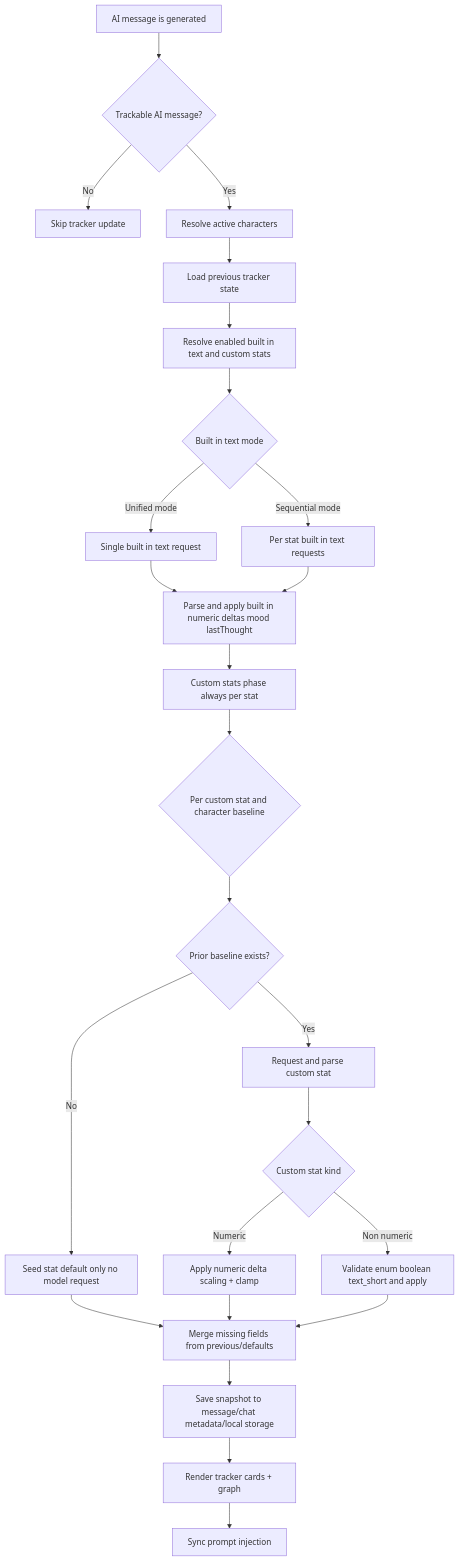
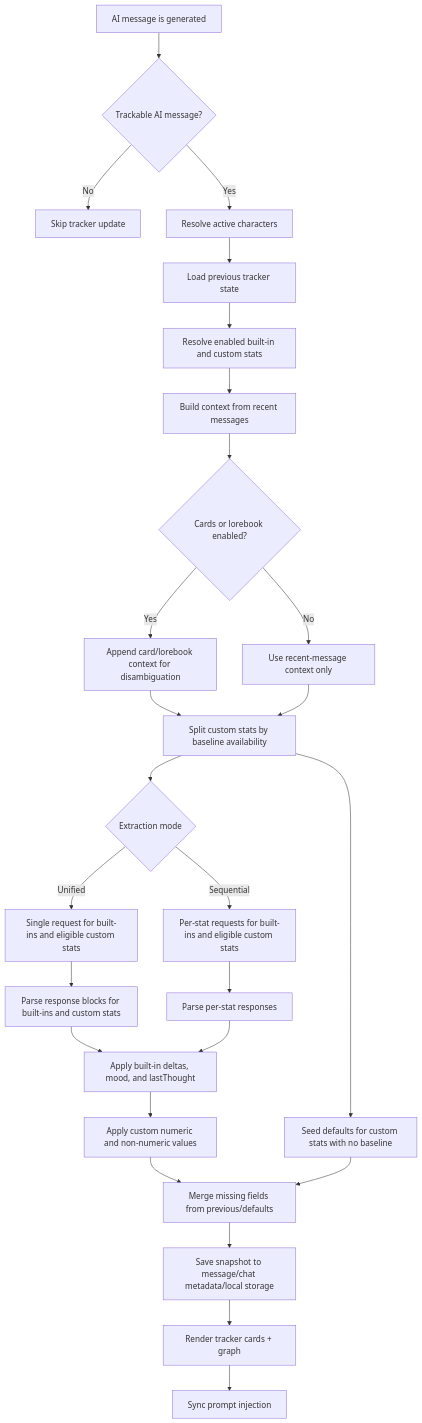
The first of 2 diagrams in README.md (ghostd93/BetterSimTracker), drawn with Mermaid before and after one commit. The commit also changed other lines of this file, not shown here.

Commit message:
docs(readme): update extraction flowcharts and mode semantics

````diff
--- a/README.md
+++ b/README.md
@@ -127,27 +127,28 @@
 ```mermaid
 flowchart TD
   A[AI message is generated] --> B{Trackable AI message?}
   B -- No --> Z[Skip tracker update]
   B -- Yes --> C[Resolve active characters]
   C --> D[Load previous tracker state]
-  D --> E[Resolve enabled built in text and custom stats]
-  E --> F{Built in text mode}
-  F -- Unified mode --> G[Single built in text request]
-  F -- Sequential mode --> H[Per stat built in text requests]
-  G --> I[Parse and apply built in numeric deltas mood lastThought]
-  H --> I
-  I --> J[Custom stats phase always per stat]
-  J --> K{Per custom stat and character baseline}
-  K --> L{Prior baseline exists?}
-  L -- No --> M[Seed stat default only no model request]
-  L -- Yes --> N[Request and parse custom stat]
-  N --> O{Custom stat kind}
-  O -- Numeric --> P[Apply numeric delta scaling + clamp]
-  O -- Non numeric --> Q[Validate enum boolean text_short and apply]
-  M --> R[Merge missing fields from previous/defaults]
-  P --> R
-  Q --> R
-  R --> S[Save snapshot to message/chat metadata/local storage]
-  S --> T[Render tracker cards + graph]
-  T --> U[Sync prompt injection]
+  D --> E[Resolve enabled built-in and custom stats]
+  E --> F[Build context from recent messages]
+  F --> G{Cards or lorebook enabled?}
+  G -- Yes --> H[Append card/lorebook context for disambiguation]
+  G -- No --> I[Use recent-message context only]
+  H --> J[Split custom stats by baseline availability]
+  I --> J
+  J --> K{Extraction mode}
+  K -- Unified --> L[Single request for built-ins and eligible custom stats]
+  K -- Sequential --> M[Per-stat requests for built-ins and eligible custom stats]
+  L --> N[Parse response blocks for built-ins and custom stats]
+  M --> O[Parse per-stat responses]
+  N --> P[Apply built-in deltas, mood, and lastThought]
+  O --> P
+  P --> Q[Apply custom numeric and non-numeric values]
+  J --> R[Seed defaults for custom stats with no baseline]
+  Q --> S[Merge missing fields from previous/defaults]
+  R --> S
+  S --> T[Save snapshot to message/chat metadata/local storage]
+  T --> U[Render tracker cards + graph]
+  U --> V[Sync prompt injection]
 ```
````
